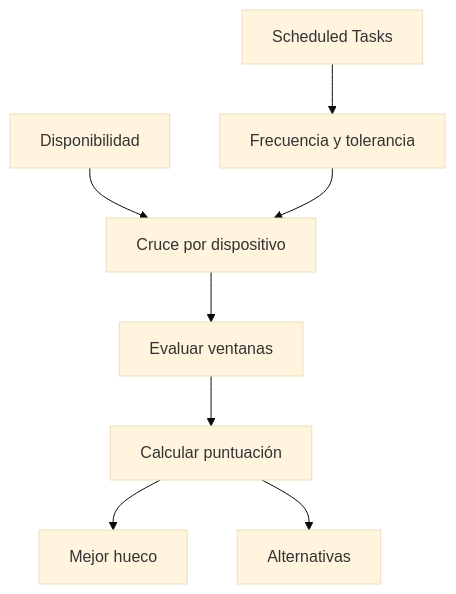
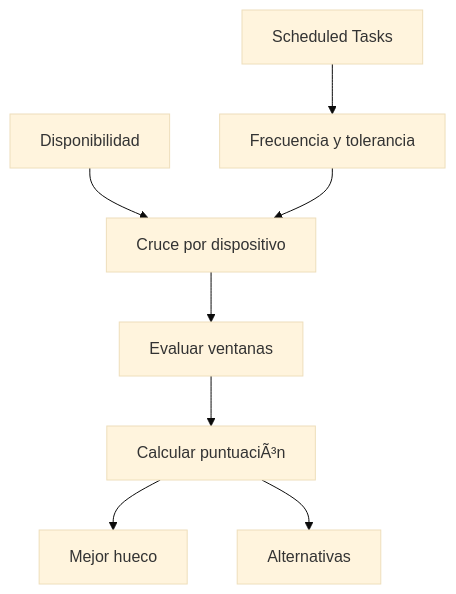
Before and after one commit to adrcarrui/mysim-dashboard: the third of 3 diagrams in README.md, drawn with Mermaid (base theme). The commit also changed other lines of this file and 3 other files, not shown here.

````diff
--- a/README.md
+++ b/README.md
@@ -157,10 +157,10 @@
 ```mermaid
 flowchart TD
     A["Disponibilidad"] --> D["Cruce por dispositivo"]
     B["Scheduled Tasks"] --> C["Frecuencia y tolerancia"]
     C --> D
     D --> E["Evaluar ventanas"]
-    E --> F["Calcular puntuación"]
+    E --> F["Calcular puntuaciÃ³n"]
     F --> G["Mejor hueco"]
     F --> H["Alternativas"]
 ```
````
